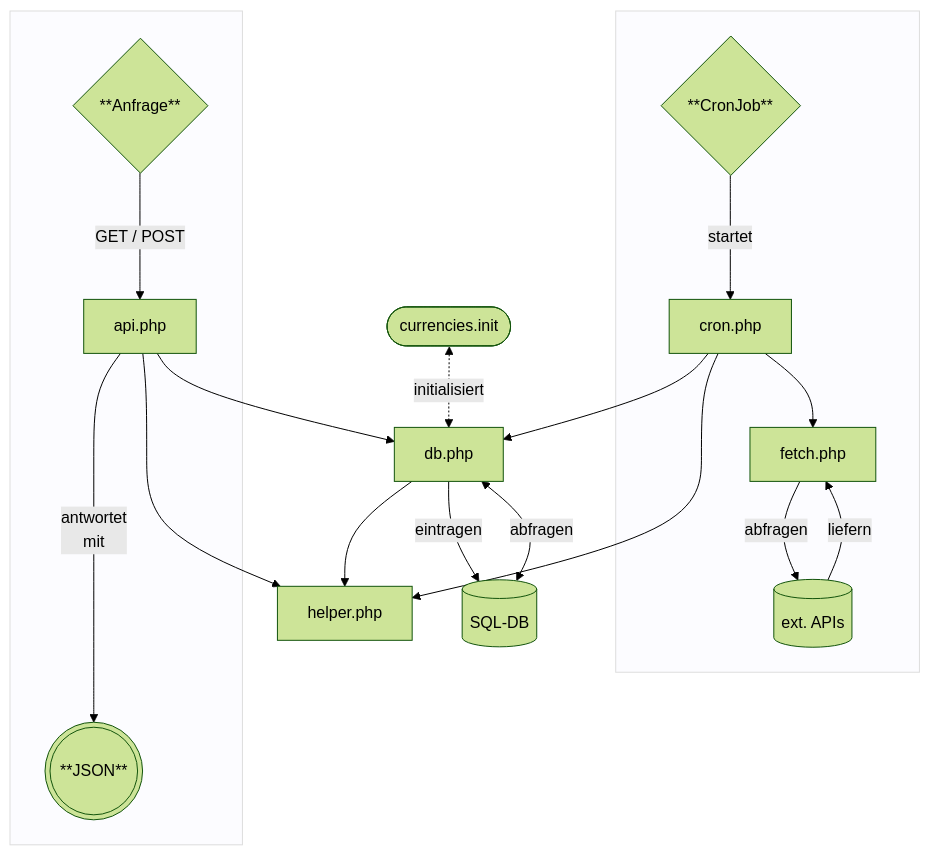
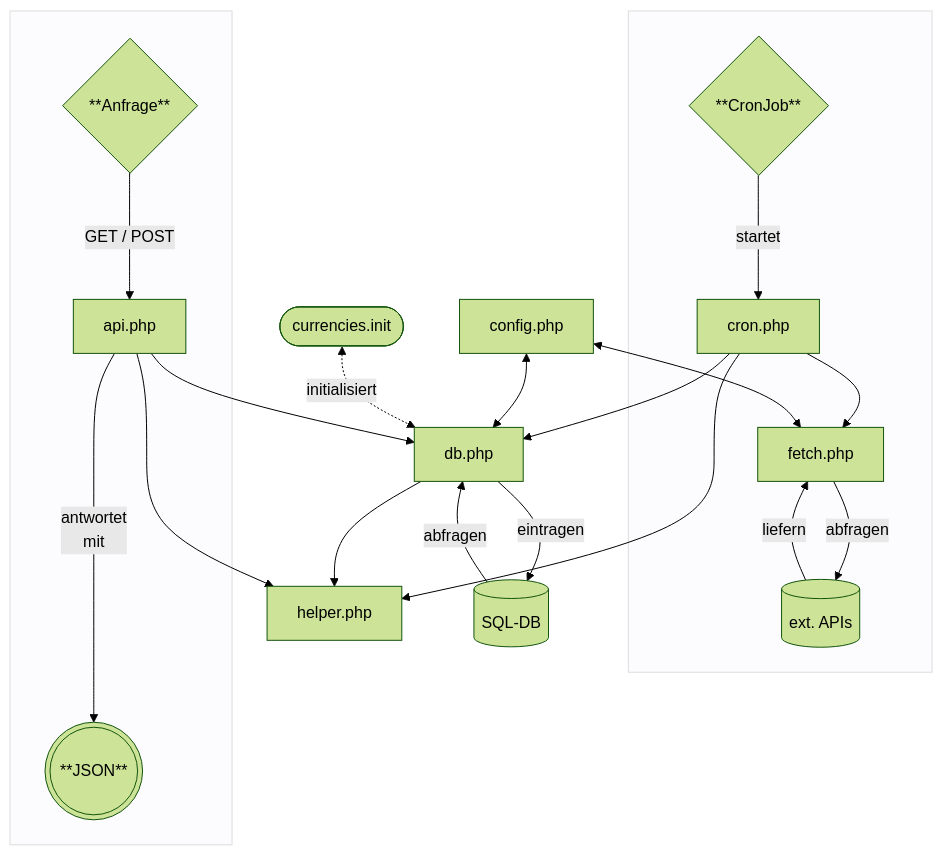
Before and after one commit to Darkwing371/ect-forex-api: the diagram in README.md, drawn with Mermaid (forest theme). The commit also changed other lines of this file, not shown here.

````diff
--- a/README.md
+++ b/README.md
@@ -37,25 +37,28 @@
 ```mermaid
 graph TD
     subgraph sgcron [" "]
     style sgcron fill:#fcfcff,stroke:#ddd,stroke-width:1px
     cron{"**CronJob**"} ---> |startet|cron.php
     cron.php --> fetch.php
     fetch.php --> |abfragen|extAPIs[(ext. APIs)]
     extAPIs --> |liefern|fetch.php
     end
 
+    config.php <--> db.php
+    config.php <--> fetch.php
     cinit([currencies.init]) <-.-> |initialisiert|db.php
     db.php --> helper.php
     db.php --> |eintragen|database[(SQL-DB)]
-    database <--> |abfragen|db.php
+    database --> |abfragen|db.php
     api.php --> db.php
     api.php --> helper.php
     cron.php --> helper.php
     cron.php --> db.php
 
-    subgraph sgreq ["  "]
+    subgraph sgreq [" "]
     style sgreq fill:#fcfcff,stroke:#ddd,stroke-width:1px
     request{"**Anfrage**"} ---> |GET / POST|api.php
     api.php ----> |antwortet<br>mit|json((("**JSON**")))
     end
+
 ```
````
